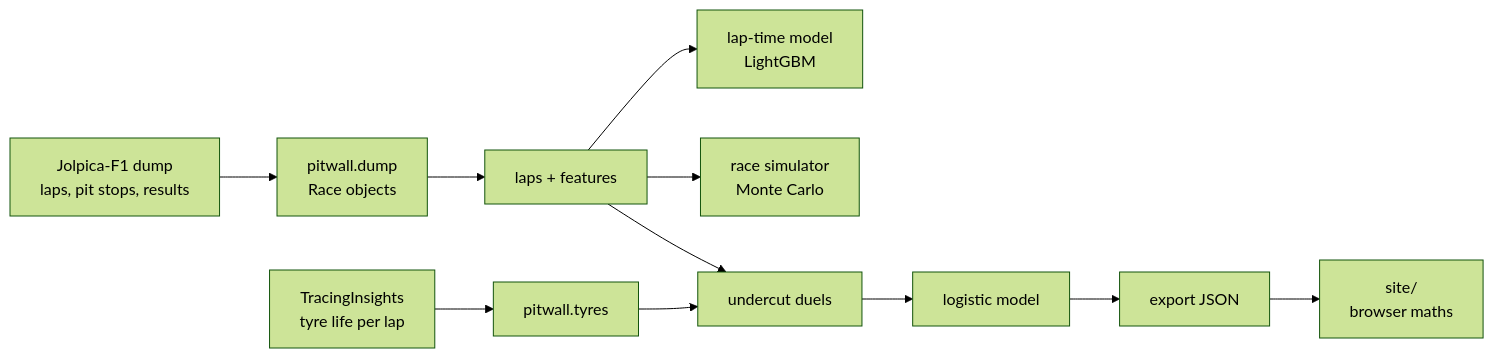
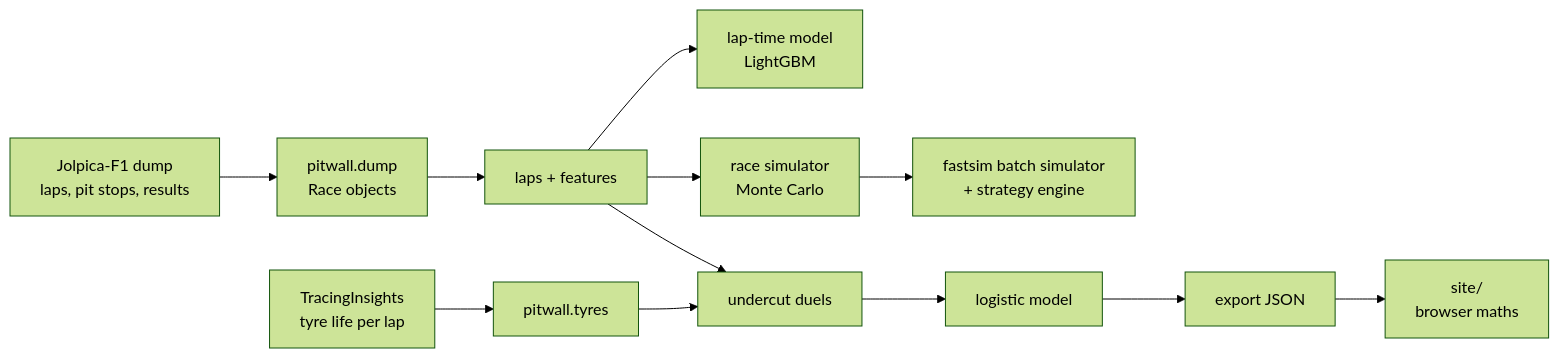
One commit to shlokkvaishnav/pitwall changed the diagram in README.md. Above: the diagram before and after it, drawn with Mermaid (forest theme). The commit also changed other lines of this file and 1 other file, not shown here.

````diff
--- a/README.md
+++ b/README.md
@@ -43,12 +55,13 @@
 ```mermaid
 flowchart LR
   J[Jolpica-F1 dump<br/>laps, pit stops, results] --> D[pitwall.dump<br/>Race objects]
   T[TracingInsights<br/>tyre life per lap] --> Y[pitwall.tyres]
   D --> L[laps + features]
   L --> M[lap-time model<br/>LightGBM]
   L --> S[race simulator<br/>Monte Carlo]
+  S --> F[fastsim batch simulator<br/>+ strategy engine]
   L --> U[undercut duels]
   Y --> U
   U --> R[logistic model]
   R --> E[export JSON] --> W[site/<br/>browser maths]
 ```
````
